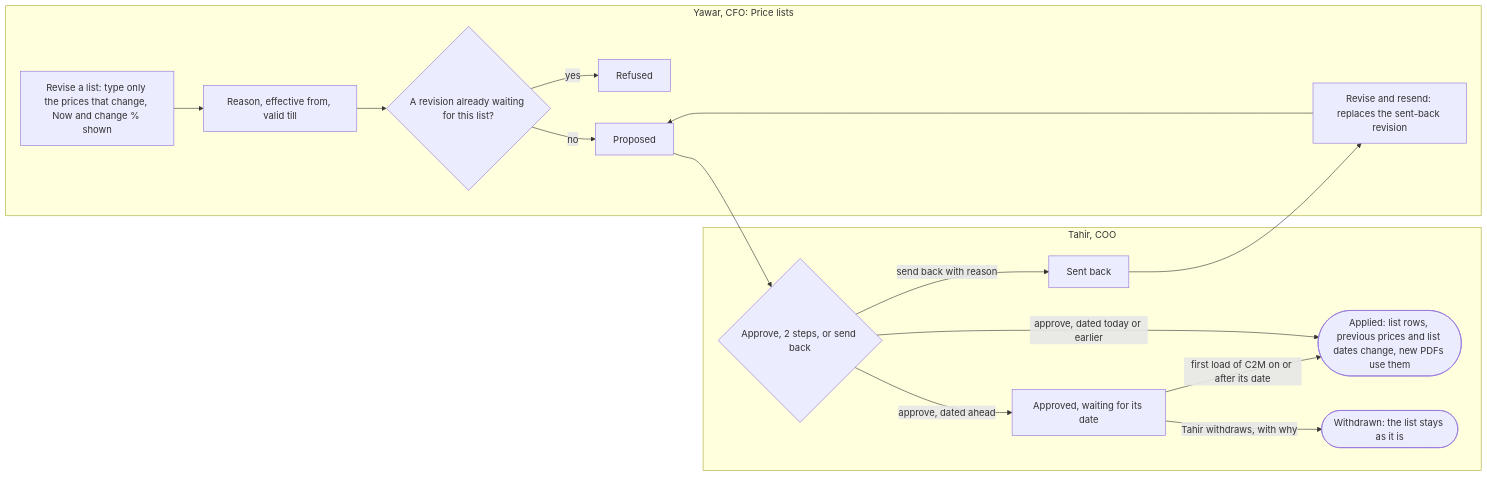
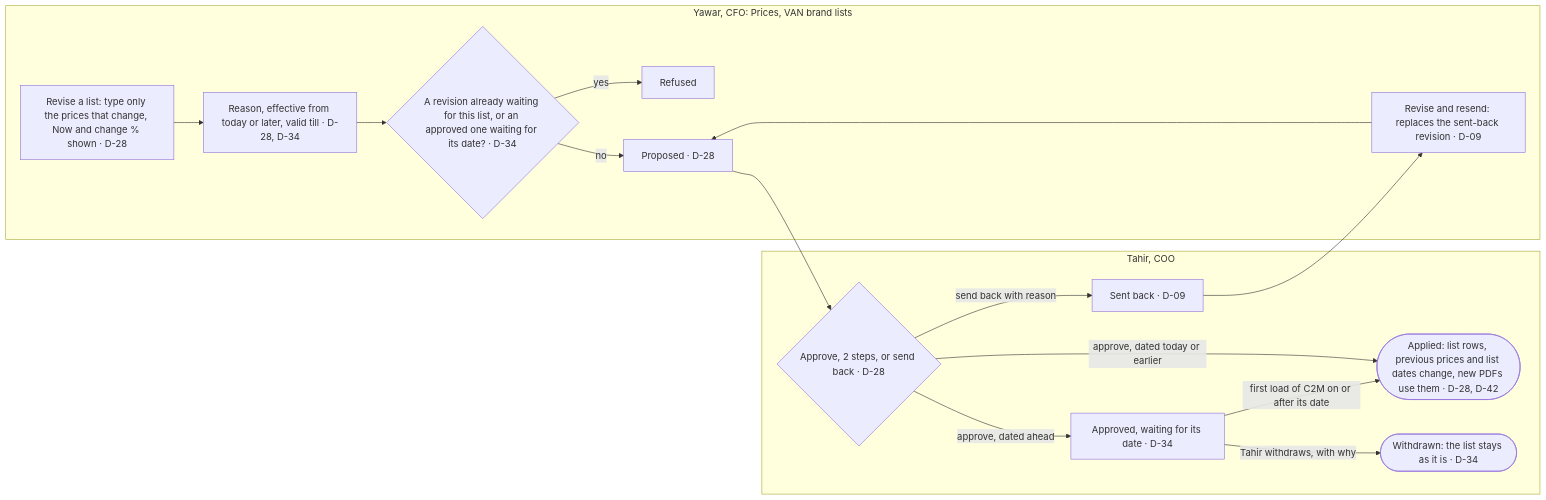
Before and after one commit to taabbas1947-eng/VAN-OP: the seventh of 17 diagrams in apps/c2m/docs/01-process-flows.md, drawn with Mermaid. The commit also changed other lines of this file and 18 other files, not shown here.

````diff
--- a/apps/c2m/docs/01-process-flows.md
+++ b/apps/c2m/docs/01-process-flows.md
@@ -185,19 +190,19 @@
 ```mermaid
 flowchart LR
-  subgraph CFO [Yawar, CFO: Price lists]
-    A[Revise a list: type only the prices that change, Now and change % shown] --> B[Reason, effective from, valid till]
-    B --> C{A revision already waiting for this list?}
+  subgraph CFO [Yawar, CFO: Prices, VAN brand lists]
+    A[Revise a list: type only the prices that change, Now and change % shown · D-28] --> B[Reason, effective from today or later, valid till · D-28, D-34]
+    B --> C{A revision already waiting for this list, or an approved one waiting for its date? · D-34}
     C -- yes --> X[Refused]
-    C -- no --> W[Proposed]
-    F[Revise and resend: replaces the sent-back revision]
+    C -- no --> W[Proposed · D-28]
+    F[Revise and resend: replaces the sent-back revision · D-09]
   end
   subgraph COO [Tahir, COO]
-    W --> D{Approve, 2 steps, or send back}
-    D -- approve, dated today or earlier --> E([Applied: list rows, previous prices and list dates change, new PDFs use them])
-    D -- approve, dated ahead --> WT[Approved, waiting for its date]
+    W --> D{Approve, 2 steps, or send back · D-28}
+    D -- approve, dated today or earlier --> E([Applied: list rows, previous prices and list dates change, new PDFs use them · D-28, D-42])
+    D -- approve, dated ahead --> WT[Approved, waiting for its date · D-34]
     WT -- first load of C2M on or after its date --> E
-    WT -- Tahir withdraws, with why --> WX([Withdrawn: the list stays as it is])
-    D -- send back with reason --> SB[Sent back]
+    WT -- Tahir withdraws, with why --> WX([Withdrawn: the list stays as it is · D-34])
+    D -- send back with reason --> SB[Sent back · D-09]
   end
   SB --> F --> W
 ```
````
